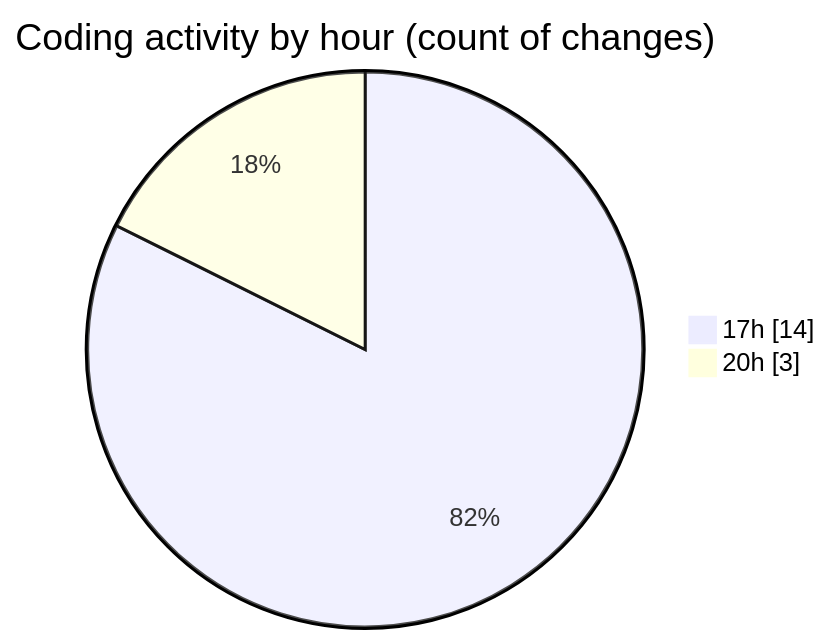
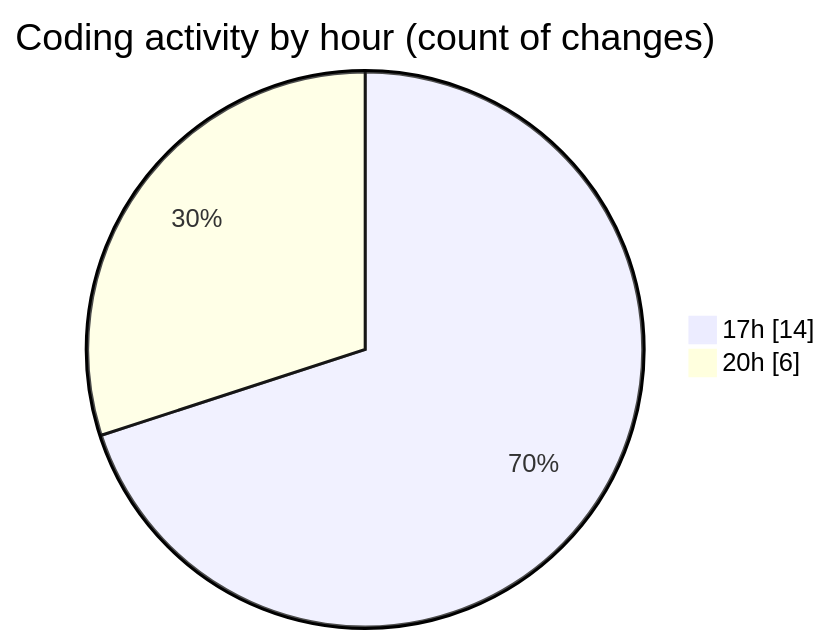
One commit to charlie-sans/code-tracking changed the second of 2 diagrams in 2025-03-11/jmasm/README.md. Above: the diagram before and after it, drawn with Mermaid. The commit also changed other lines of this file and 1 other file, not shown here.

````diff
--- a/2025-03-11/jmasm/README.md
+++ b/2025-03-11/jmasm/README.md
@@ -35,6 +35,6 @@
 ```mermaid
 pie showData
 title Coding activity by hour (count of changes)
 "17h" : 14
-"20h" : 3
+"20h" : 6
 ```
````
